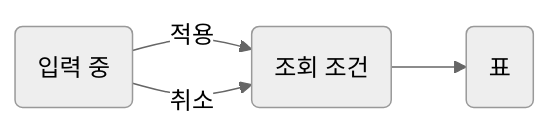
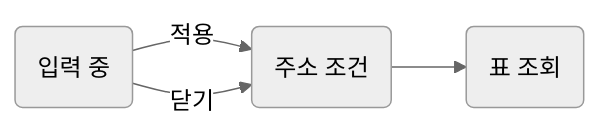
Before and after one commit to nomeehej/agent-conventions: the diagram in skill/blueprint/examples/structure-order-screen-docs-for-two-readers/01-correct.markdown, drawn with Mermaid (neutral theme). The commit also changed other lines of this file and 107 other files, not shown here.

````diff
--- a/skill/blueprint/examples/structure-order-screen-docs-for-two-readers/01-correct.markdown
+++ b/skill/blueprint/examples/structure-order-screen-docs-for-two-readers/01-correct.markdown
@@ -54,5 +84,5 @@
 ```mermaid
 flowchart LR
-	draft("입력 중") -->|적용| applied("조회 조건") --> table("표")
-	draft -->|취소| applied
+	draft("입력 중") -->|적용| applied("주소 조건") --> table("표 조회")
+	draft -->|닫기| applied
 ```
````
